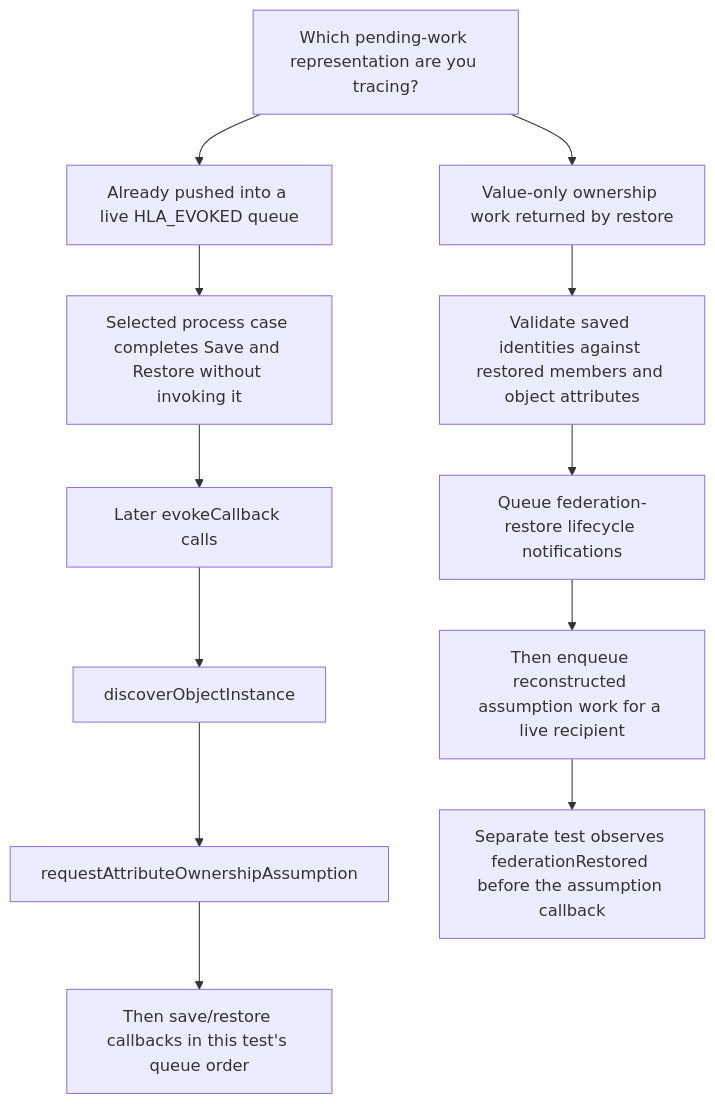
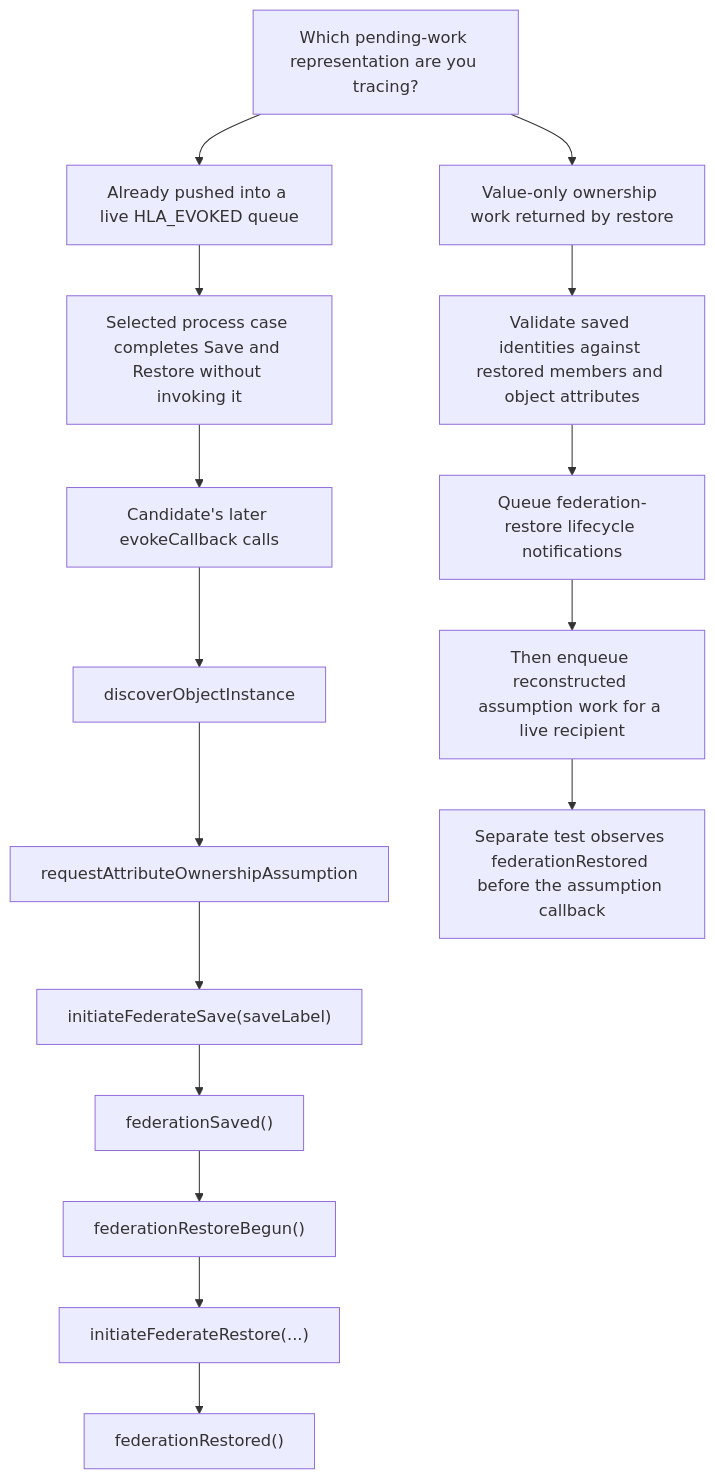
The fourth of 4 diagrams in docs/design/HLA-2025-OWNERSHIP-PERSISTENCE-AND-RESIGNATION-FLOW-GUIDE.md (sheepfling/umbra), drawn with Mermaid before and after one commit. The commit also changed other lines of this file and 668 other files, not shown here.

````diff
--- a/docs/design/HLA-2025-OWNERSHIP-PERSISTENCE-AND-RESIGNATION-FLOW-GUIDE.md
+++ b/docs/design/HLA-2025-OWNERSHIP-PERSISTENCE-AND-RESIGNATION-FLOW-GUIDE.md
@@ -175,17 +177,21 @@
 ```mermaid
 flowchart TB
   Ask["Which pending-work representation are you tracing?"]
 
   Ask --> Pushed["Already pushed into a live HLA_EVOKED queue"]
   Pushed --> SaveRestore["Selected process case completes Save and Restore without invoking it"]
-  SaveRestore --> Evoke["Later evokeCallback calls"]
+  SaveRestore --> Evoke["Candidate's later evokeCallback calls"]
   Evoke --> Discovery["discoverObjectInstance"]
   Discovery --> Assumption["requestAttributeOwnershipAssumption"]
-  Assumption --> Status["Then save/restore callbacks in this test's queue order"]
+  Assumption --> SaveInitiate["initiateFederateSave(saveLabel)"]
+  SaveInitiate --> Saved["federationSaved()"]
+  Saved --> RestoreBegun["federationRestoreBegun()"]
+  RestoreBegun --> RestoreInitiate["initiateFederateRestore(...)"]
+  RestoreInitiate --> PushedRestored["federationRestored()"]
 
   Ask --> Rebuilt["Value-only ownership work returned by restore"]
   Rebuilt --> Validate["Validate saved identities against restored members and object attributes"]
   Validate --> Lifecycle["Queue federation-restore lifecycle notifications"]
   Lifecycle --> Ownership["Then enqueue reconstructed assumption work for a live recipient"]
-  Ownership --> Restored["Separate test observes federationRestored before the assumption callback"]
+  Ownership --> RebuiltOutcome["Separate test observes federationRestored before the assumption callback"]
 ```
````
